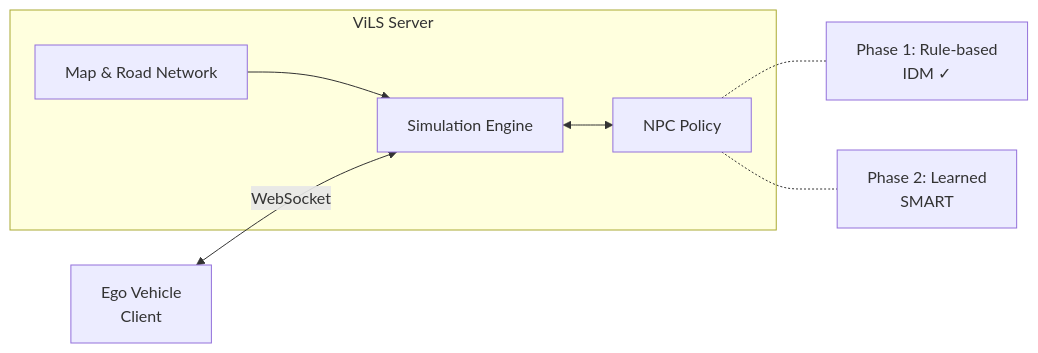
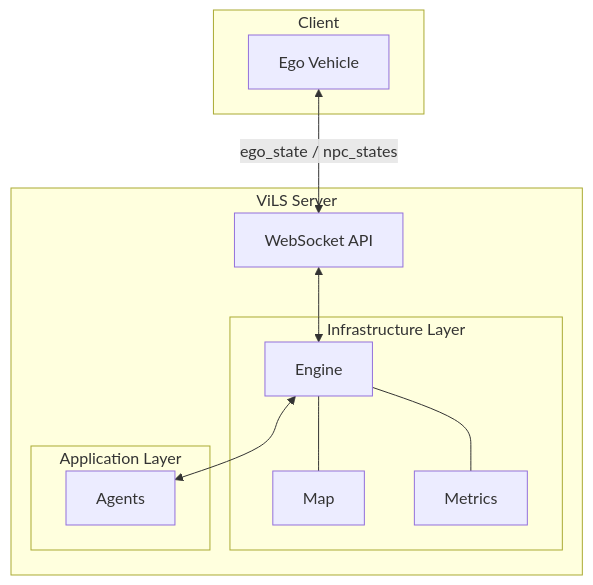
Before and after one commit to OIEIyoon/ad-simulation-public: the first of 5 diagrams in tasks/vils-server.md, drawn with Mermaid. The commit also changed other lines of this file and 1 other file, not shown here.

First line of the commit message:
Add CLAUDE.md, refactor ViLS server documentation

````diff
--- a/tasks/vils-server.md
+++ b/tasks/vils-server.md
@@ -24,12 +24,26 @@
 ```mermaid
-flowchart LR
-    subgraph ViLS Server
-        A[Map & Road Network] --> B[Simulation Engine]
-        B <--> C[NPC Policy]
+flowchart TB
+    subgraph Client
+        E[Ego Vehicle]
     end
 
-    D[Ego Vehicle<br/>Client] <--> |WebSocket| B
+    subgraph ViLS["ViLS Server"]
+        subgraph Infra["Infrastructure Layer"]
+            EN[Engine]
+            MAP[Map]
+            MET[Metrics]
+        end
 
-    C -.- C1[Phase 1: Rule-based<br/>IDM ✓]
-    C -.- C2[Phase 2: Learned<br/>SMART]
+        subgraph App["Application Layer"]
+            AG[Agents]
+        end
+
+        API[WebSocket API]
+    end
+
+    E <-->|ego_state / npc_states| API
+    API <--> EN
+    EN <--> AG
+    EN --- MAP
+    EN --- MET
 ```
````
